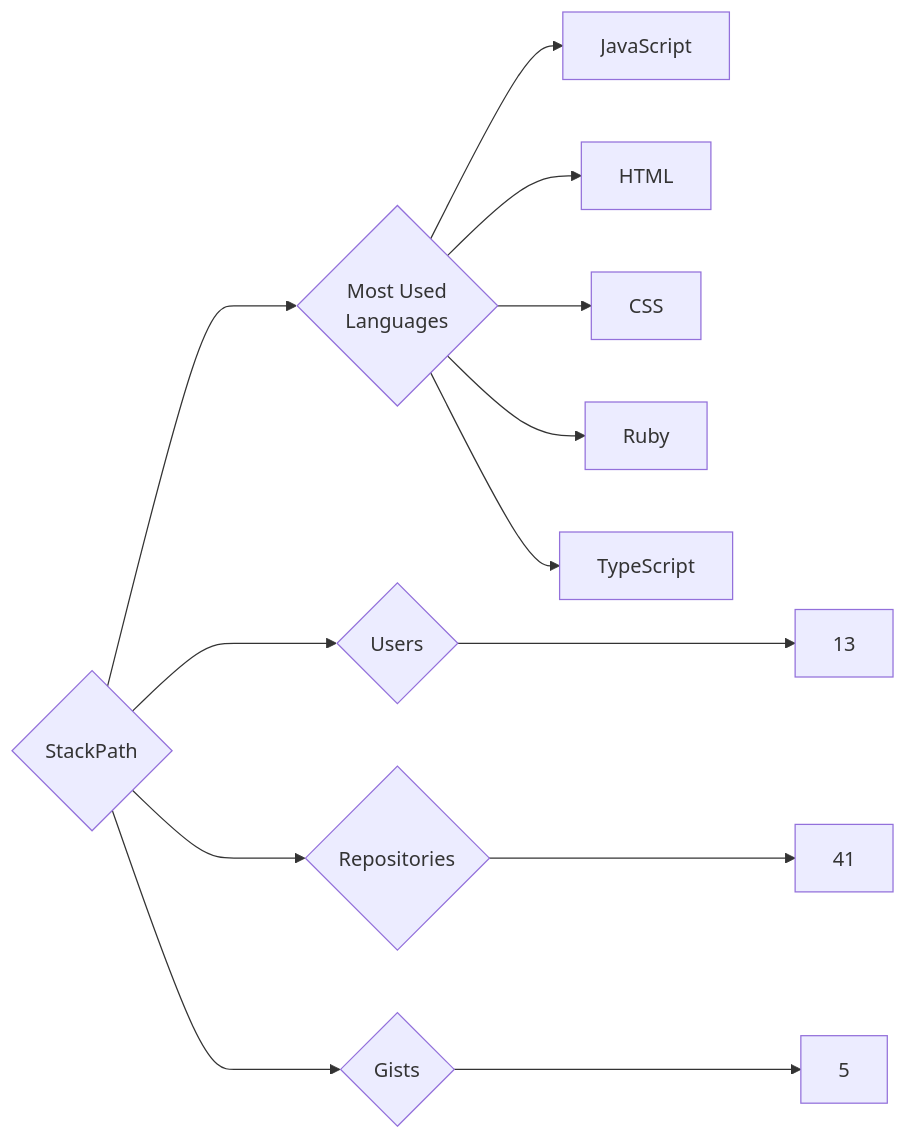
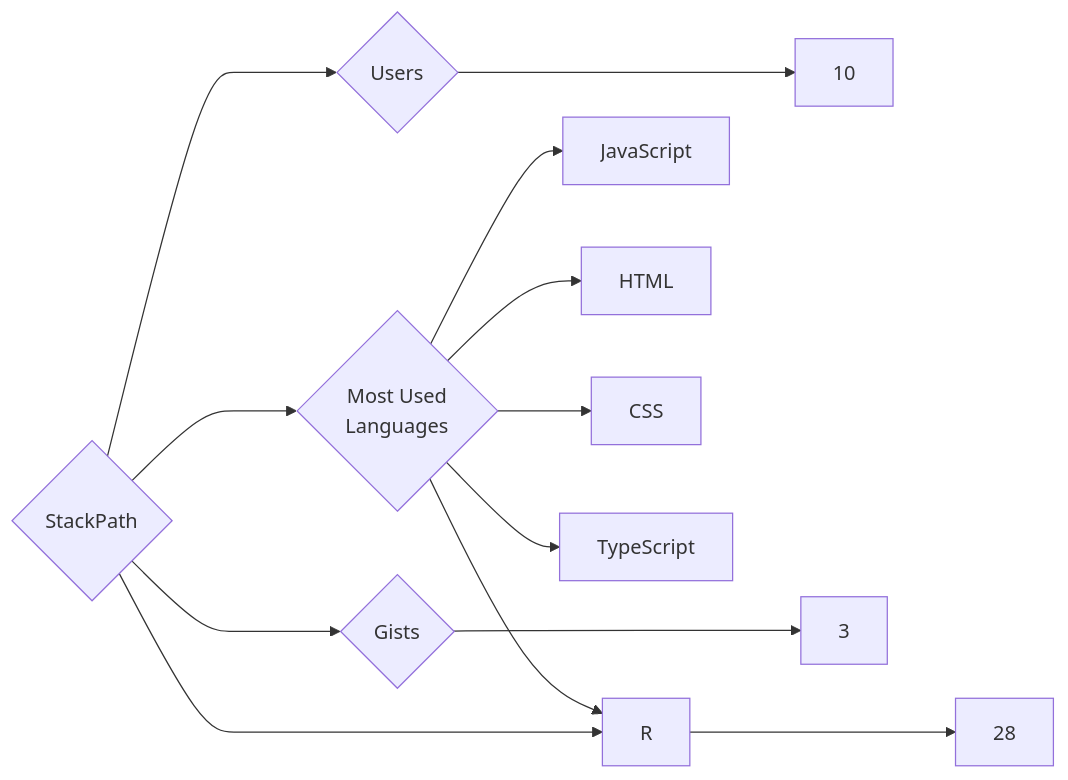
Before and after one commit to trickest/insiders: the diagram in targets/StackPath/README.md, drawn with Mermaid. The commit also changed 1484 other files, not shown here.

````diff
--- a/targets/StackPath/README.md
+++ b/targets/StackPath/README.md
@@ -3,13 +3,13 @@
 ```mermaid
 graph LR
 COMPANY_NAME{StackPath}
-COMPANY_NAME ---> U{Users} ---> UN[13]
-COMPANY_NAME ---> R{Repositories} ---> RN[41]
-COMPANY_NAME ---> G{Gists} ---> GN[5]
+COMPANY_NAME ---> U{Users} ---> UN[10]
+COMPANY_NAME ---> R{Repositories} ---> RN[28]
+COMPANY_NAME ---> G{Gists} ---> GN[3]
 COMPANY_NAME ---> ML{Most Used<br>Languages}
 ML --> JavaScript[JavaScript]
 ML --> HTML[HTML]
 ML --> CSS[CSS]
-ML --> Ruby[Ruby]
 ML --> TypeScript[TypeScript]
+ML --> R[R]
 ```
````
